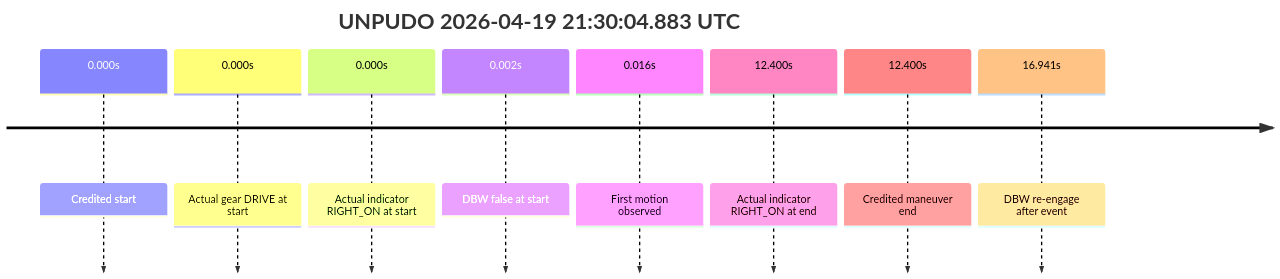
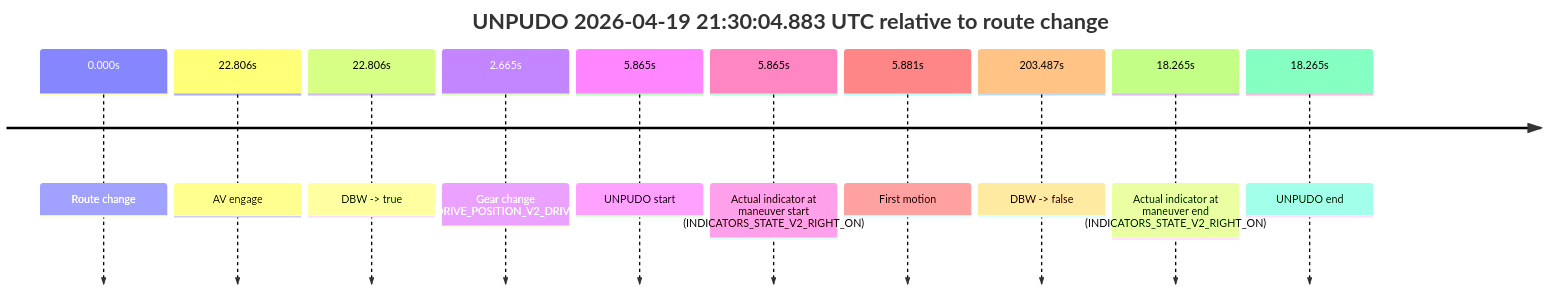
Before and after one commit to yoelshapiro/vault: the first of 4 diagrams in model_analysis/report_cards/2026/04/Week-3/fme20007--2026-04-19--21-22-24--gen2-av-b9dcf6f2-899e-4787-bf0d-316d419103cb.md, drawn with Mermaid. The commit also changed other lines of this file and 2 other files, not shown here.

````diff
--- a/model_analysis/report_cards/2026/04/Week-3/fme20007--2026-04-19--21-22-24--gen2-av-b9dcf6f2-899e-4787-bf0d-316d419103cb.md
+++ b/model_analysis/report_cards/2026/04/Week-3/fme20007--2026-04-19--21-22-24--gen2-av-b9dcf6f2-899e-4787-bf0d-316d419103cb.md
@@ -45,12 +43,14 @@
 ```mermaid
 timeline
-    title UNPUDO 2026-04-19 21:30:04.883 UTC
-    0.000s : Credited start
-    0.000s : Actual gear DRIVE at start
-    0.000s : Actual indicator RIGHT_ON at start
-    0.002s : DBW false at start
-    0.016s : First motion observed
-    12.400s : Actual indicator RIGHT_ON at end
-    12.400s : Credited maneuver end
-    16.941s : DBW re-engage after event
+    title UNPUDO 2026-04-19 21:30:04.883 UTC relative to route change
+    0.000s : Route change
+    22.806s : AV engage
+    22.806s : DBW -> true
+    2.665s : Gear change (DRIVE_POSITION_V2_DRIVE)
+    5.865s : UNPUDO start
+    5.865s : Actual indicator at maneuver start (INDICATORS_STATE_V2_RIGHT_ON)
+    5.881s : First motion
+    203.487s : DBW -> false
+    18.265s : Actual indicator at maneuver end (INDICATORS_STATE_V2_RIGHT_ON)
+    18.265s : UNPUDO end
 ```
````
